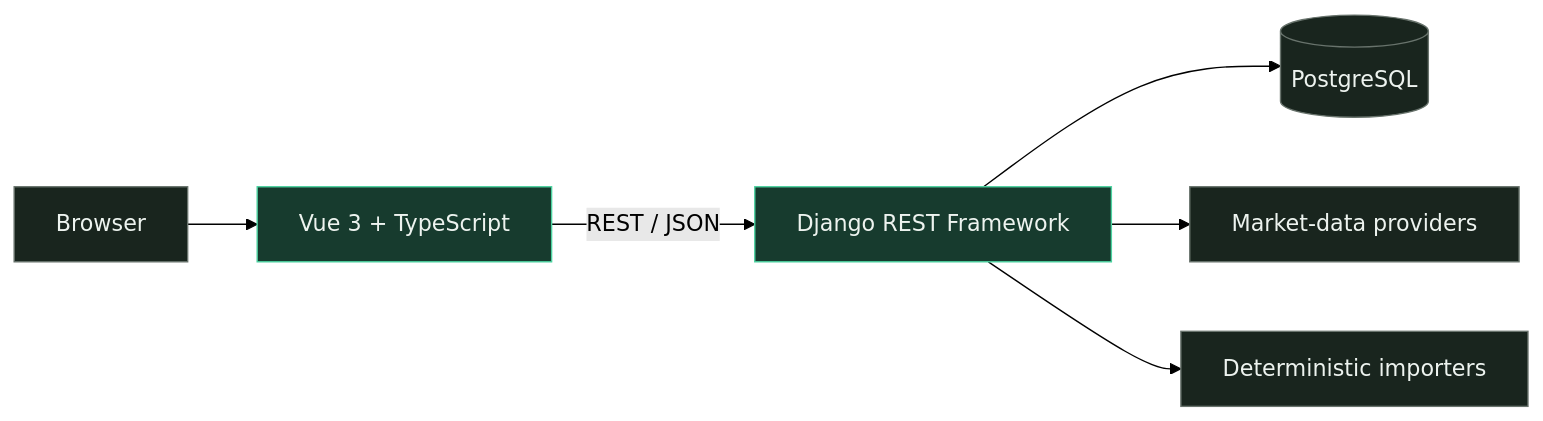
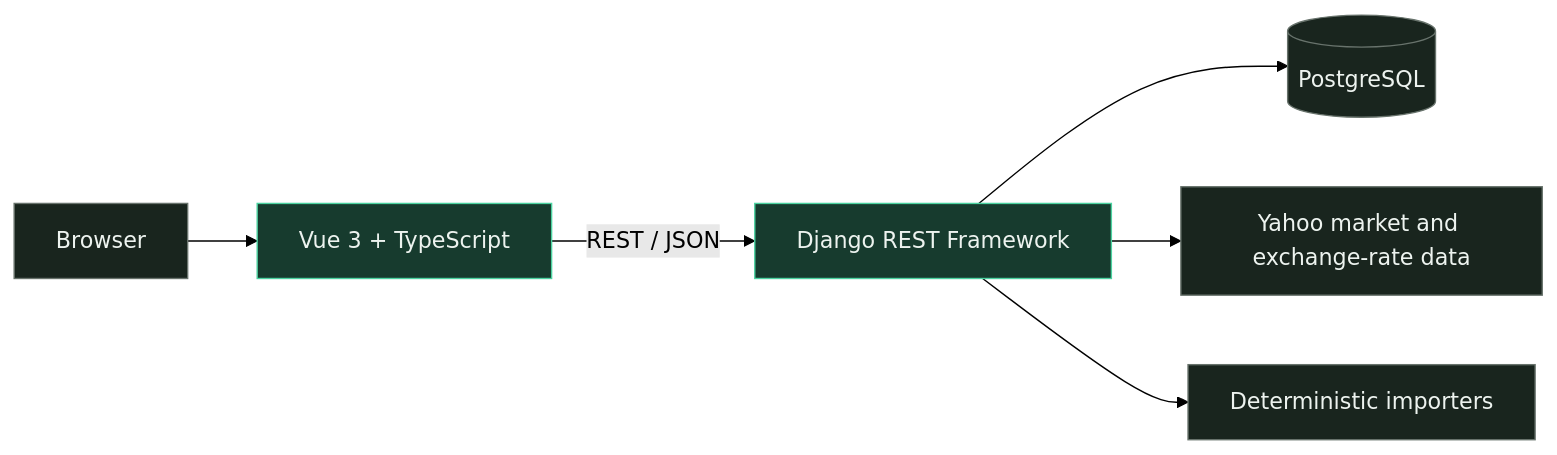
One commit to peroanjo/finanzr changed the diagram in README.md. Above: the diagram before and after it, drawn with Mermaid (forest theme). The commit also changed other lines of this file, not shown here.

````diff
--- a/README.md
+++ b/README.md
@@ -128,13 +203,13 @@
 ```mermaid
 flowchart LR
     browser[Browser] --> vue[Vue 3 + TypeScript]
     vue -->|REST / JSON| django[Django REST Framework]
     django --> postgres[(PostgreSQL)]
-    django --> providers[Market-data providers]
+    django --> yahoo[Yahoo market and exchange-rate data]
     django --> imports[Deterministic importers]
 
     classDef primary fill:#173b2e,stroke:#4bd2a0,color:#edf3ef;
     classDef surface fill:#19251e,stroke:#68736c,color:#edf3ef;
     class vue,django primary;
-    class browser,postgres,providers,imports surface;
+    class browser,postgres,yahoo,imports surface;
 ```
````
